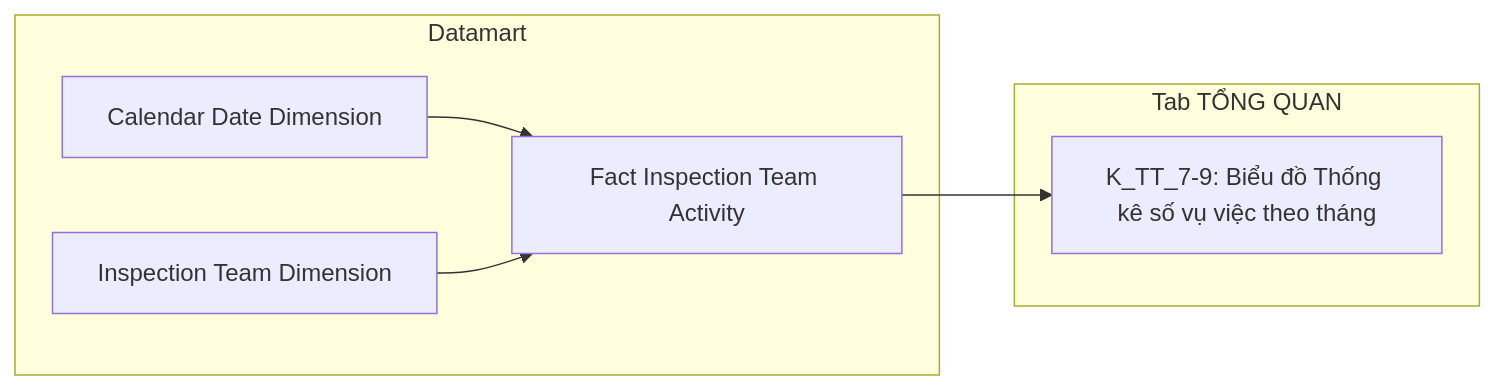
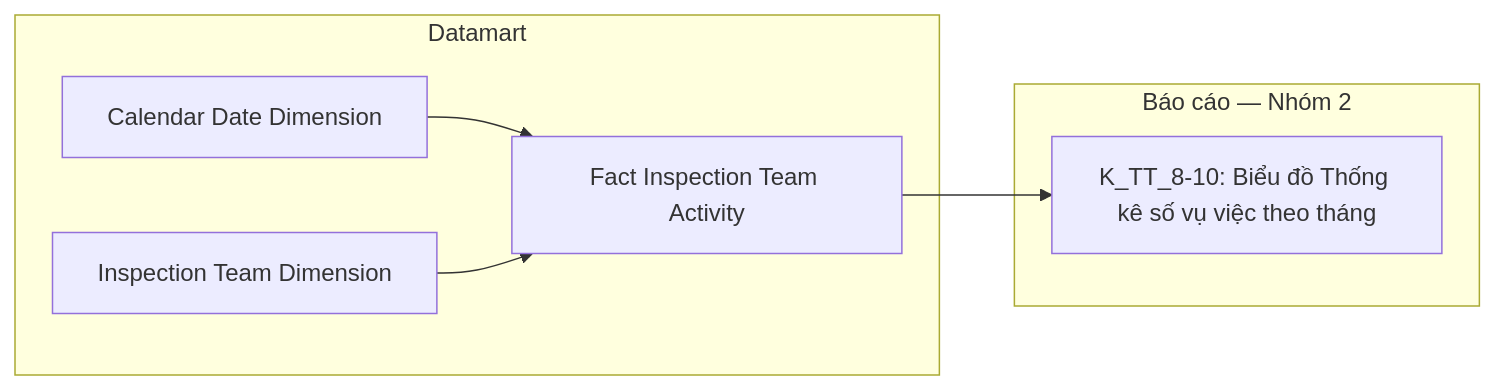
One commit to linhlvit/ubck_atomic_design changed diagram 15 of 50 in Datamart/hld/DTM_TT_HLD.md. Above: the diagram before and after it, drawn with Mermaid. The commit also changed other lines of this file and 26 other files, not shown here.

````diff
--- a/Datamart/hld/DTM_TT_HLD.md
+++ b/Datamart/hld/DTM_TT_HLD.md
@@ -533,14 +537,14 @@
 ```mermaid
 flowchart LR
     subgraph Datamart["Datamart"]
         G1["Fact Inspection Team Activity"]
         G2["Calendar Date Dimension"]
         G3["Inspection Team Dimension"]
     end
-    subgraph RPT["Tab TỔNG QUAN"]
-        R1["K_TT_7-9: Biểu đồ Thống kê số vụ việc theo tháng"]
+    subgraph RPT["Báo cáo — Nhóm 2"]
+        R1["K_TT_8-10: Biểu đồ Thống kê số vụ việc theo tháng"]
     end
     G2 --> G1
     G3 --> G1
     G1 --> R1
 ```
````
